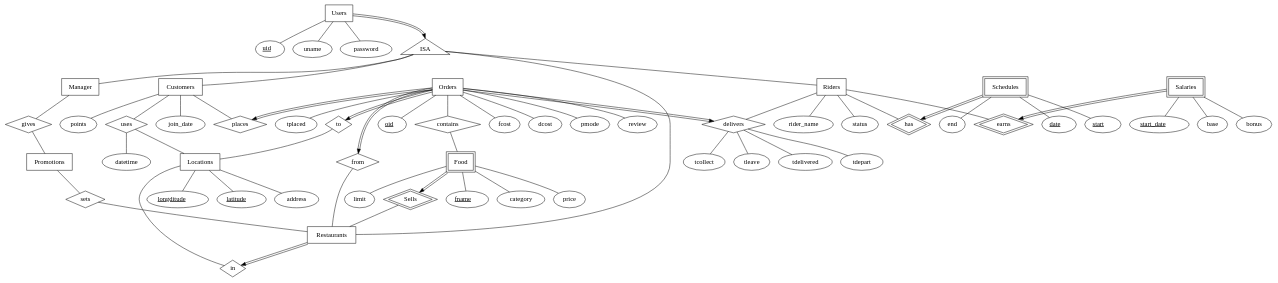
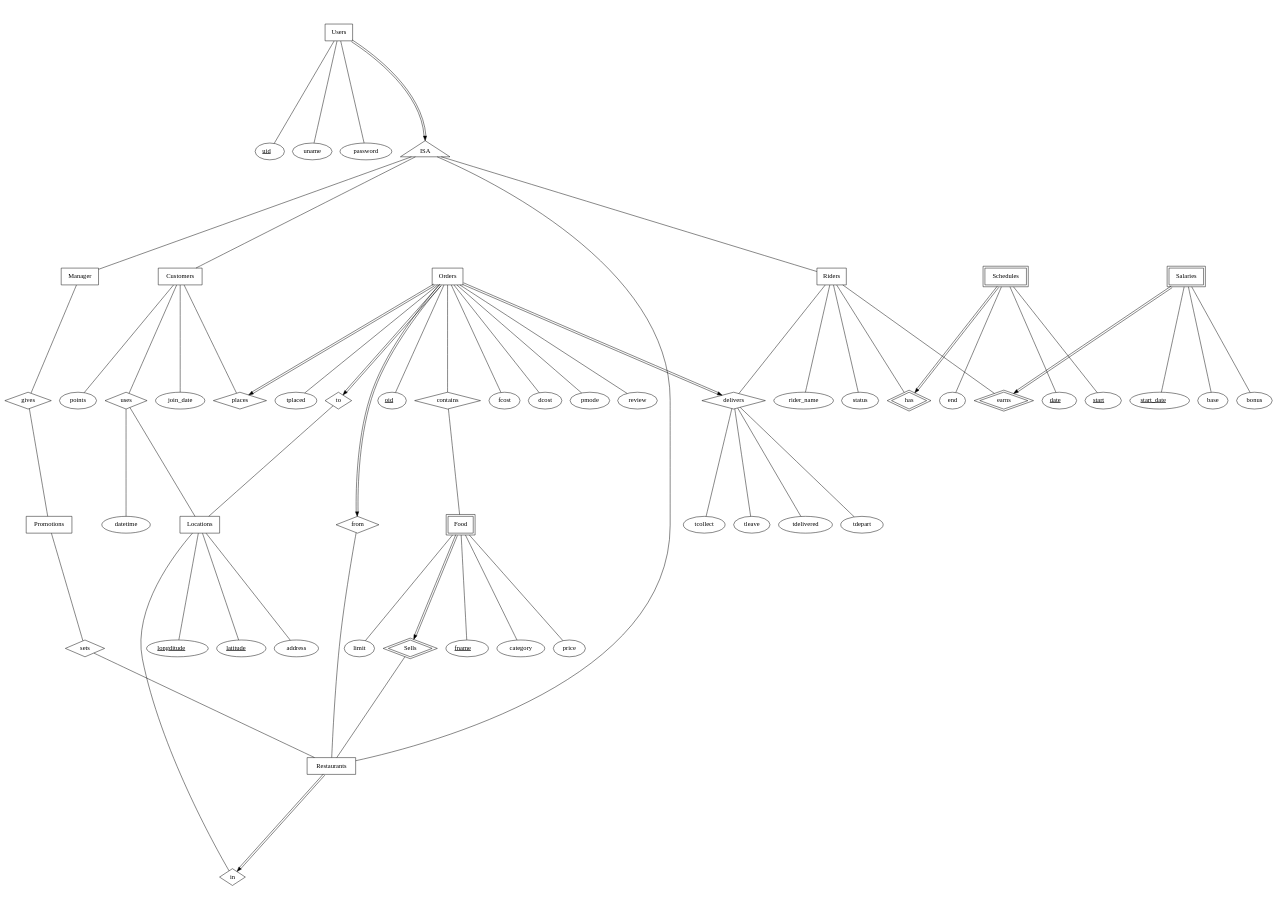
The diagram in ER.dot (AY1920S2-CS2102-Team16/Food-Delivery-Service), drawn with Graphviz before and after one commit. The commit also changed 1 other file, not shown here.

```diff
--- a/ER.dot
+++ b/ER.dot
@@ -1,116 +1,117 @@
 digraph G {
-    
+  ratio = 0.71
+
   Users [shape=box]
     uid [label=<<u> uid </u>>]
     Users -> uid [arrowhead=none]
     Users -> uname [arrowhead=none]
     Users -> password [arrowhead=none]
   
   
   ISA [shape=triangle]
   
   
   Manager [shape=box]
   gives [shape=diamond]
   Promotions [shape=box]
   sets [shape=diamond]
   
   
   Restaurants [shape=box]
   Sells [shape=diamond peripheries=2]
   Food [shape=box peripheries=2]
     fname [label=<<u> fname </u>>]
     Food -> fname [arrowhead=none]
     Food -> category [arrowhead=none]
     Food -> price [arrowhead=none]
     Food -> limit [arrowhead=none]
   in [shape=diamond]
   
   Locations [shape=box]
     lon [label=<<u> longditude </u>>]
     lat [label=<<u> latitude </u>>]
     Locations -> lon [arrowhead=none]
     Locations -> lat [arrowhead=none]
     Locations -> address [arrowhead=none]
   
   Customers [shape=box]
     Customers -> join_date [arrowhead=none]
     Customers -> points [arrowhead=none]
   uses [shape=diamond]
     uses -> datetime [arrowhead=none]
   places [shape=diamond]
   Orders [shape=box]
     oid [label=<<u> oid </u>>]
     Orders -> oid [arrowhead=none]
     Orders -> fcost [arrowhead=none]
     Orders -> dcost [arrowhead=none]
     Orders -> pmode [arrowhead=none]
     Orders -> review [arrowhead=none]
     Orders -> tplaced [arrowhead=none]
   from [shape=diamond]
   to [shape=diamond]
   contains [shape=diamond]
     
   Riders [shape=box]
     Riders -> rider_name [arrowhead=none]
     Riders -> status [arrowhead=none]
   delivers [shape=diamond]
     delivers -> tdepart [arrowhead=none]
     delivers -> tcollect [arrowhead=none]
     delivers -> tleave [arrowhead=none]
     delivers -> tdelivered [arrowhead=none]
   has [shape=diamond peripheries=2]
   Schedules [shape=box peripheries=2]
     Schdate [label=<<u> date </u>>]
     Schstart [label=<<u> start </u>>]
     Schedules -> Schdate [arrowhead=none]
     Schedules -> Schstart [arrowhead=none]
     Schedules -> end [arrowhead=none]
   earns [shape=diamond peripheries=2]
   Salaries [shape=box peripheries=2]
     start_date [label=<<u> start_date </u>>]
     Salaries -> start_date [arrowhead=none]
     Salaries -> base [arrowhead=none]
     Salaries -> bonus [arrowhead=none]
     
   
   Users -> ISA [color="black:invis:black" headport=n]
   
   ISA -> Manager[arrowhead=none]
   ISA -> Restaurants[arrowhead=none]
   ISA -> Customers[arrowhead=none]
   ISA -> Riders[arrowhead=none]
   
   Manager -> gives [arrowhead=none]
   gives -> Promotions [arrowhead=none]
   
   
   Food -> Sells [color="black:invis:black"]
   Sells -> Restaurants [arrowhead=none]
   
   Locations -> in [arrowhead=none]
   Restaurants -> in [color="black:invis:black"]
   Promotions -> sets [arrowhead=none]
   sets -> Restaurants [arrowhead=nonle]
   
   Customers -> places [arrowhead=none]
   Orders -> places [color="black:invis:black"]
   Orders -> delivers [color="black:invis:black"]
   Customers -> uses [arrowhead=none]
   uses -> Locations [arrowhead=none]
   Orders -> to [color="black:invis:black"]
   to -> Locations [arrowhead=none]
   Orders -> from [color="black:invis:black"]
   from -> Restaurants [arrowhead=none]
   Orders -> contains [arrowhead=none]
   contains -> Food [arrowhead=none]
   
   
   
   Riders -> delivers [arrowhead=none]
   Riders -> has [arrowhead=none]
   Schedules -> has [color="black:invis:black"]
   Salaries -> earns [color="black:invis:black"]
   Riders -> earns [arrowhead=none]
   
 }
```
